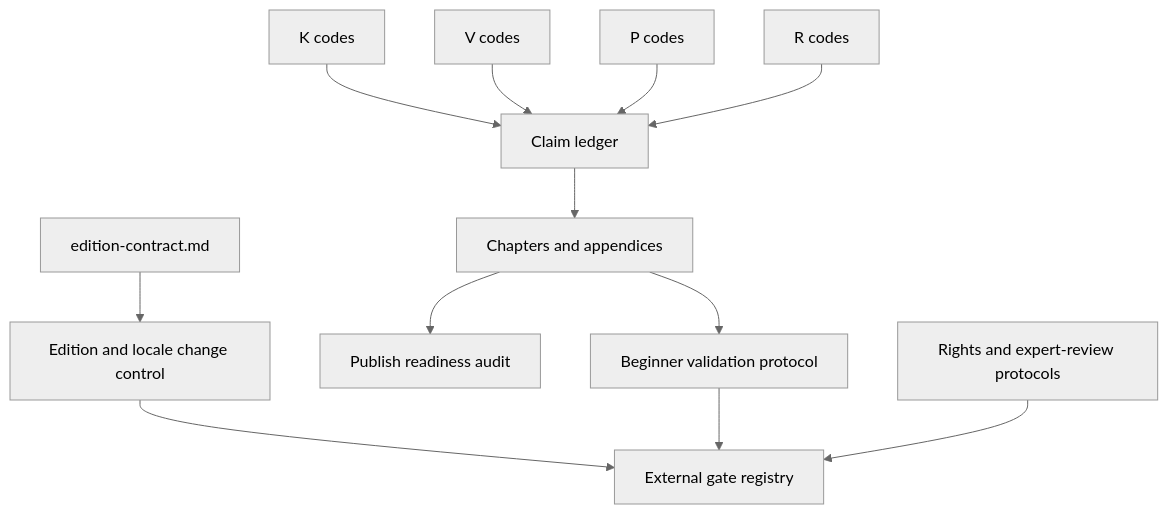
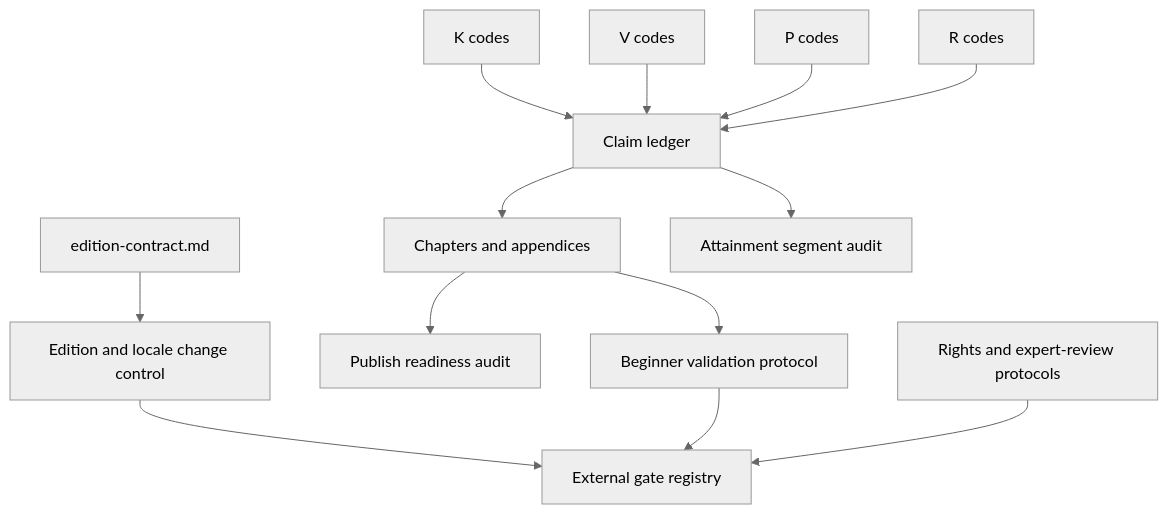
The second of 3 diagrams in book/references/AGENTS.md (streamentry/streamentry), drawn with Mermaid (neutral theme) before and after one commit. The commit also changed other lines of this file and 11 other files, not shown here.

````diff
--- a/book/references/AGENTS.md
+++ b/book/references/AGENTS.md
@@ -55,14 +57,15 @@
 ```mermaid
 flowchart TB
   D["edition-contract.md"] --> E["Edition and locale change control"]
   K["K codes"] --> L["Claim ledger"]
   V["V codes"] --> L
   P["P codes"] --> L
   R["R codes"] --> L
   L --> C["Chapters and appendices"]
+  L --> A["Attainment segment audit"]
   C --> Q["Publish readiness audit"]
   C --> U["Beginner validation protocol"]
   X["Rights and expert-review protocols"] --> G["External gate registry"]
   E --> G
   U --> G
 ```
````
